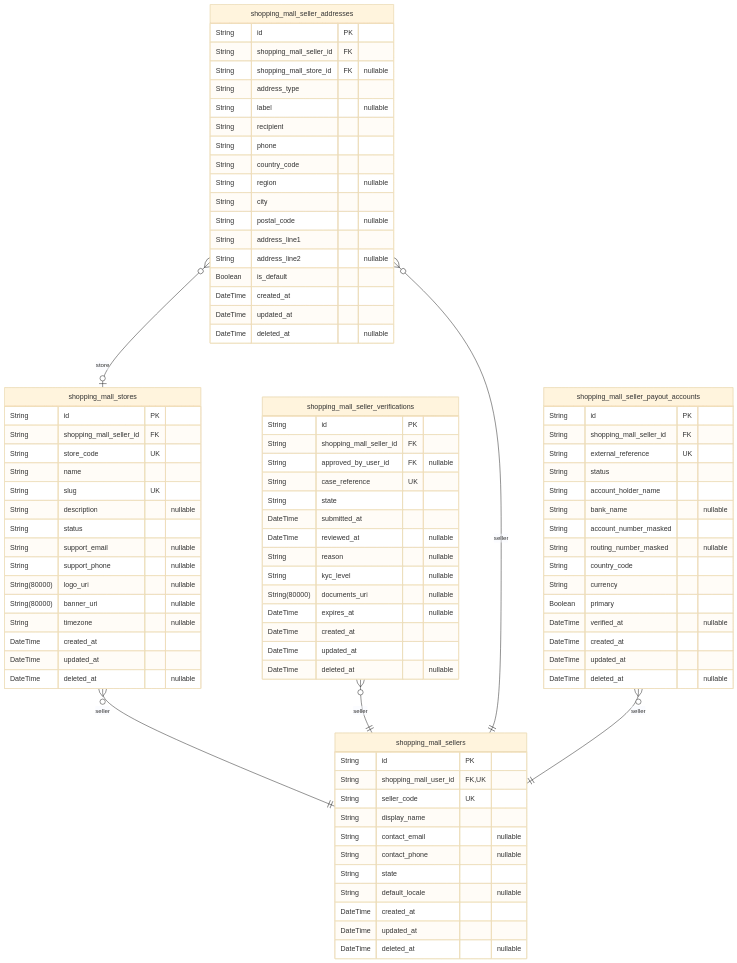
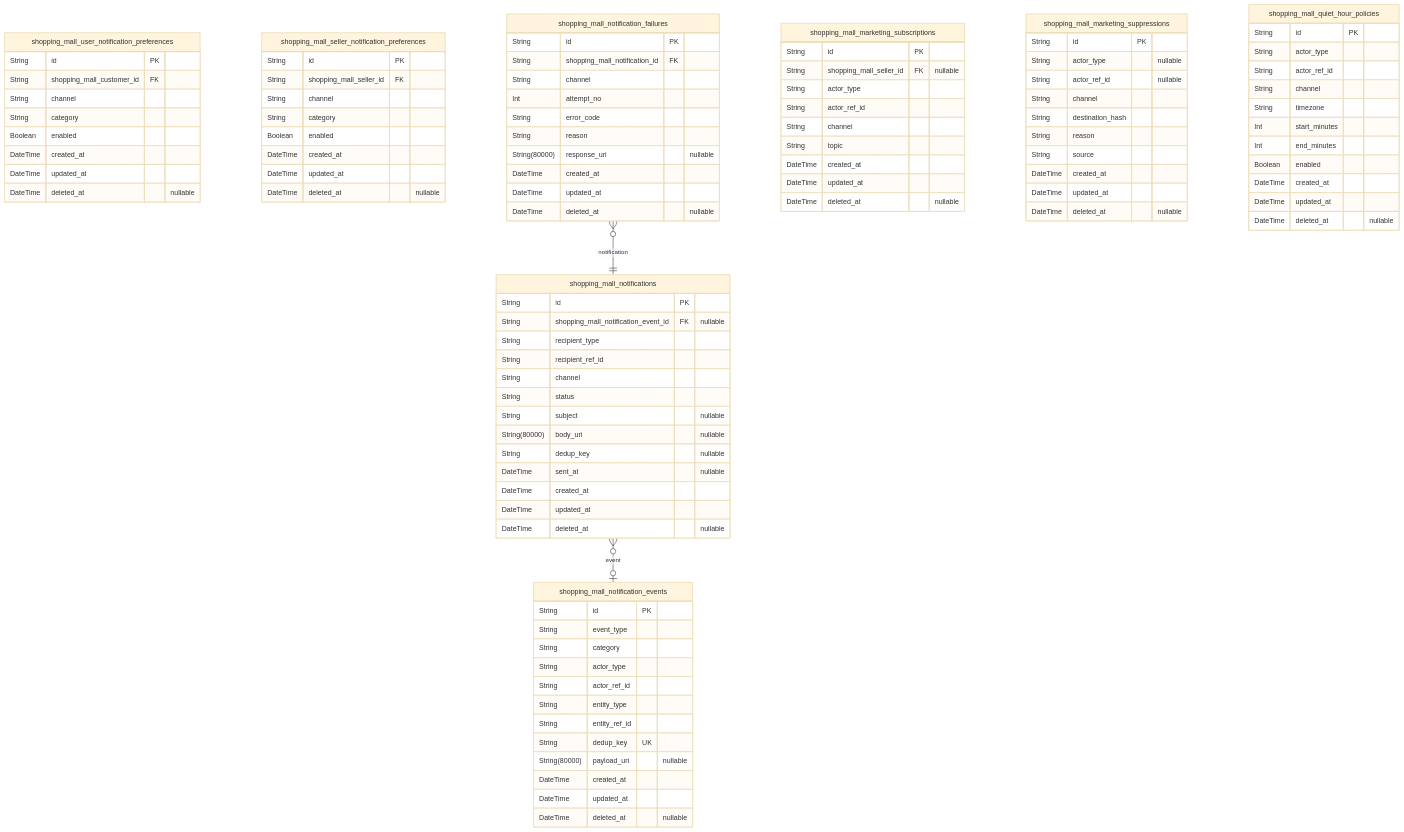
Diagram 12 of 13 in openai/gpt-5/shopping/docs/ERD.md (wrtnlabs/autobe-examples), drawn with Mermaid (base theme) before and after one commit. The commit also changed other lines of this file and 16146 other files, not shown here.

````diff
--- a/openai/gpt-5/shopping/docs/ERD.md
+++ b/openai/gpt-5/shopping/docs/ERD.md
@@ -3175,90 +3399,102 @@
 ```mermaid
 erDiagram
-"shopping_mall_sellers" {
+"shopping_mall_notification_events" {
   String id PK
-  String shopping_mall_user_id FK,UK
-  String seller_code UK
-  String display_name
-  String contact_email "nullable"
-  String contact_phone "nullable"
-  String state
-  String default_locale "nullable"
+  String event_type
+  String category
+  String actor_type
+  String actor_ref_id
+  String entity_type
+  String entity_ref_id
+  String dedup_key UK
+  String(80000) payload_uri "nullable"
   DateTime created_at
   DateTime updated_at
   DateTime deleted_at "nullable"
 }
-"shopping_mall_stores" {
+"shopping_mall_notifications" {
   String id PK
-  String shopping_mall_seller_id FK
-  String store_code UK
-  String name
-  String slug UK
-  String description "nullable"
+  String shopping_mall_notification_event_id FK "nullable"
+  String recipient_type
+  String recipient_ref_id
+  String channel
   String status
-  String support_email "nullable"
-  String support_phone "nullable"
-  String(80000) logo_uri "nullable"
-  String(80000) banner_uri "nullable"
-  String timezone "nullable"
+  String subject "nullable"
+  String(80000) body_uri "nullable"
+  String dedup_key "nullable"
+  DateTime sent_at "nullable"
   DateTime created_at
   DateTime updated_at
   DateTime deleted_at "nullable"
 }
-"shopping_mall_seller_verifications" {
+"shopping_mall_user_notification_preferences" {
   String id PK
-  String shopping_mall_seller_id FK
-  String approved_by_user_id FK "nullable"
-  String case_reference UK
-  String state
-  DateTime submitted_at
-  DateTime reviewed_at "nullable"
-  String reason "nullable"
-  String kyc_level "nullable"
-  String(80000) documents_uri "nullable"
-  DateTime expires_at "nullable"
+  String shopping_mall_customer_id FK
+  String channel
+  String category
+  Boolean enabled
   DateTime created_at
   DateTime updated_at
   DateTime deleted_at "nullable"
 }
-"shopping_mall_seller_addresses" {
+"shopping_mall_seller_notification_preferences" {
   String id PK
   String shopping_mall_seller_id FK
-  String shopping_mall_store_id FK "nullable"
-  String address_type
-  String label "nullable"
-  String recipient
-  String phone
-  String country_code
-  String region "nullable"
-  String city
-  String postal_code "nullable"
-  String address_line1
-  String address_line2 "nullable"
-  Boolean is_default
+  String channel
+  String category
+  Boolean enabled
   DateTime created_at
   DateTime updated_at
   DateTime deleted_at "nullable"
 }
-"shopping_mall_seller_payout_accounts" {
+"shopping_mall_notification_failures" {
   String id PK
-  String shopping_mall_seller_id FK
-  String external_reference UK
-  String status
-  String account_holder_name
-  String bank_name "nullable"
-  String account_number_masked
-  String routing_number_masked "nullable"
-  String country_code
-  String currency
-  Boolean primary
-  DateTime verified_at "nullable"
+  String shopping_mall_notification_id FK
+  String channel
+  Int attempt_no
+  String error_code
+  String reason
+  String(80000) response_uri "nullable"
   DateTime created_at
   DateTime updated_at
   DateTime deleted_at "nullable"
 }
-"shopping_mall_stores" }o--|| "shopping_mall_sellers" : seller
-"shopping_mall_seller_verifications" }o--|| "shopping_mall_sellers" : seller
-"shopping_mall_seller_addresses" }o--|| "shopping_mall_sellers" : seller
-"shopping_mall_seller_addresses" }o--o| "shopping_mall_stores" : store
-"shopping_mall_seller_payout_accounts" }o--|| "shopping_mall_sellers" : seller
+"shopping_mall_marketing_subscriptions" {
+  String id PK
+  String shopping_mall_seller_id FK "nullable"
+  String actor_type
+  String actor_ref_id
+  String channel
+  String topic
+  DateTime created_at
+  DateTime updated_at
+  DateTime deleted_at "nullable"
+}
+"shopping_mall_marketing_suppressions" {
+  String id PK
+  String actor_type "nullable"
+  String actor_ref_id "nullable"
+  String channel
+  String destination_hash
+  String reason
+  String source
+  DateTime created_at
+  DateTime updated_at
+  DateTime deleted_at "nullable"
+}
+"shopping_mall_quiet_hour_policies" {
+  String id PK
+  String actor_type
+  String actor_ref_id
+  String channel
+  String timezone
+  Int start_minutes
+  Int end_minutes
+  Boolean enabled
+  DateTime created_at
+  DateTime updated_at
+  DateTime deleted_at "nullable"
+}
+"shopping_mall_notifications" }o--o| "shopping_mall_notification_events" : event
+"shopping_mall_notification_failures" }o--|| "shopping_mall_notifications" : notification
 ```
````
